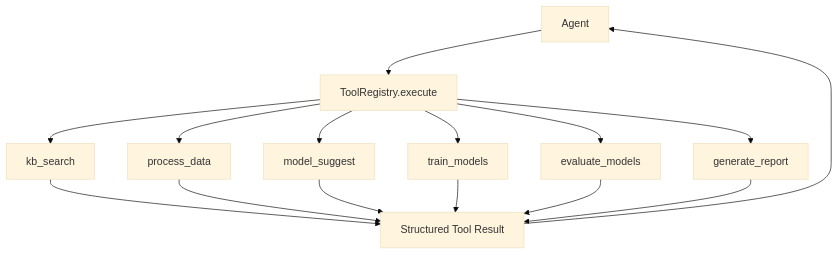
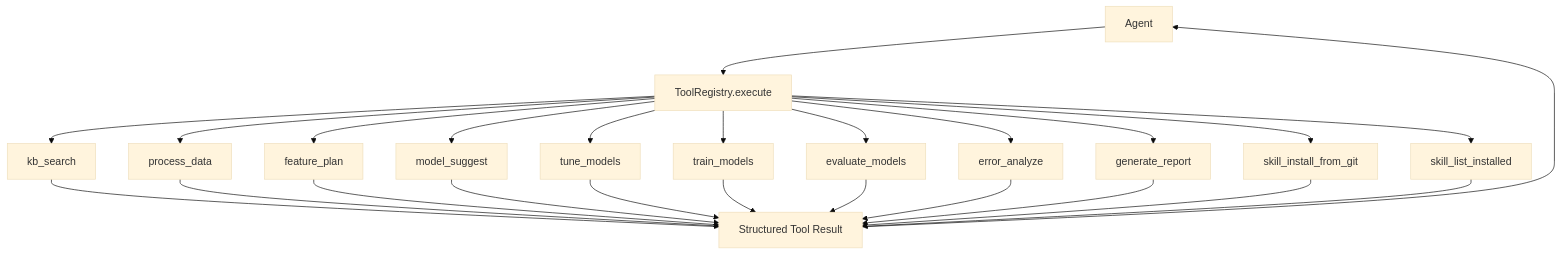
Before and after one commit to minw1012/multiagents: the third of 5 diagrams in system_redesign.md, drawn with Mermaid (base theme). The commit also changed other lines of this file and 2 other files, not shown here.

Commit message:
Switch to semantic routing and add online skill install tools

````diff
--- a/system_redesign.md
+++ b/system_redesign.md
@@ -120,17 +138,27 @@
 ```mermaid
 flowchart TD
     A[Agent] --> X[ToolRegistry.execute]
     X --> K[kb_search]
     X --> D[process_data]
+    X --> F[feature_plan]
     X --> M[model_suggest]
+    X --> U[tune_models]
     X --> T[train_models]
     X --> E[evaluate_models]
+    X --> EA[error_analyze]
     X --> R[generate_report]
+    X --> SI[skill_install_from_git]
+    X --> SL[skill_list_installed]
     K --> RET[Structured Tool Result]
     D --> RET
+    F --> RET
     M --> RET
+    U --> RET
     T --> RET
     E --> RET
+    EA --> RET
     R --> RET
+    SI --> RET
+    SL --> RET
     RET --> A
 ```
````
